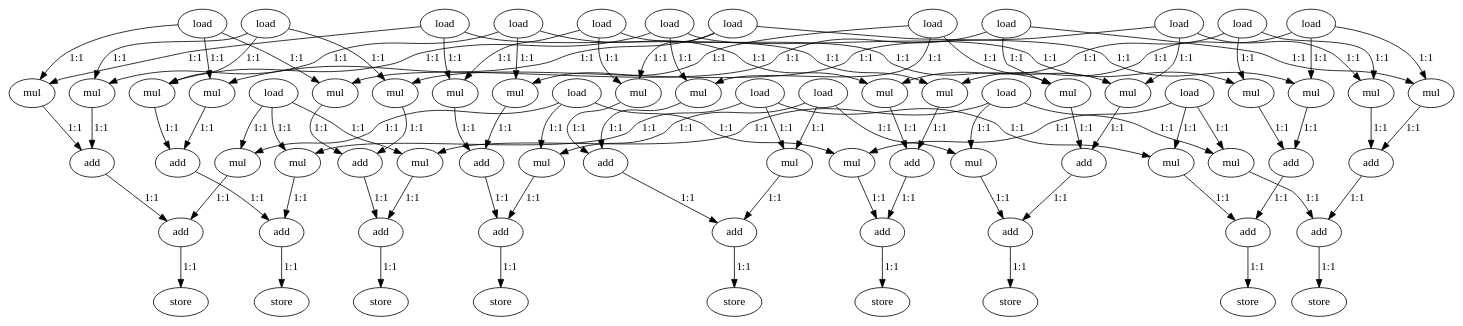
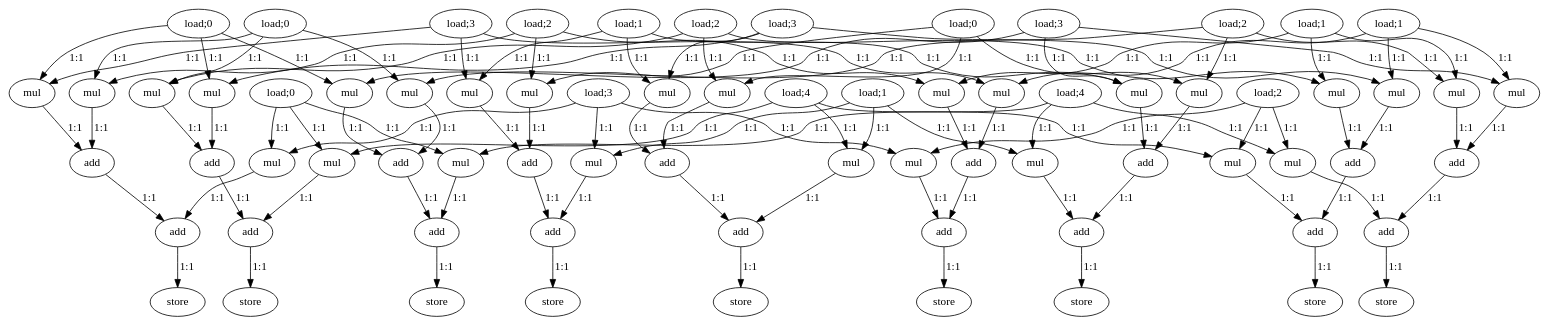
One commit to nikhilsambhus/DFGprop changed the diagram in large_dfgs/MatMul_3x3.dot. Above: the diagram before and after it, drawn with Graphviz. The commit also changed 16 other files, not shown here.

```diff
--- a/large_dfgs/MatMul_3x3.dot
+++ b/large_dfgs/MatMul_3x3.dot
@@ -1,180 +1,180 @@
 digraph MatMul_3x3 {
 
-  0 [label="load"];
-  1 [label="load"];
-  2 [label="load"];
-  3 [label="load"];
-  4 [label="load"];
-  5 [label="load"];
-  6 [label="load"];
-  7 [label="load"];
-  8 [label="load"];
-  9 [label="load"];
-  10 [label="load"];
-  11 [label="load"];
-  12 [label="load"];
-  13 [label="load"];
-  14 [label="load"];
-  15 [label="load"];
-  16 [label="load"];
-  17 [label="load"];
+  0 [label="load;0"];
+  1 [label="load;0"];
+  2 [label="load;0"];
+  3 [label="load;0"];
+  4 [label="load;1"];
+  5 [label="load;1"];
+  6 [label="load;1"];
+  7 [label="load;1"];
+  8 [label="load;2"];
+  9 [label="load;2"];
+  10 [label="load;2"];
+  11 [label="load;2"];
+  12 [label="load;3"];
+  13 [label="load;3"];
+  14 [label="load;3"];
+  15 [label="load;3"];
+  16 [label="load;4"];
+  17 [label="load;4"];
   18 [label="mul"];
   19 [label="mul"];
   20 [label="mul"];
   21 [label="mul"];
   22 [label="mul"];
   23 [label="mul"];
   24 [label="mul"];
   25 [label="mul"];
   26 [label="mul"];
   27 [label="mul"];
   28 [label="mul"];
   29 [label="mul"];
   30 [label="mul"];
   31 [label="mul"];
   32 [label="mul"];
   33 [label="mul"];
   34 [label="mul"];
   35 [label="mul"];
   36 [label="mul"];
   37 [label="mul"];
   38 [label="mul"];
   39 [label="mul"];
   40 [label="mul"];
   41 [label="mul"];
   42 [label="mul"];
   43 [label="mul"];
   44 [label="mul"];
   45 [label="add"];
   46 [label="add"];
   47 [label="add"];
   48 [label="add"];
   49 [label="add"];
   50 [label="add"];
   51 [label="add"];
   52 [label="add"];
   53 [label="add"];
   54 [label="add"];
   55 [label="add"];
   56 [label="add"];
   57 [label="add"];
   58 [label="add"];
   59 [label="add"];
   60 [label="add"];
   61 [label="add"];
   62 [label="add"];
   63 [label="store"];
   64 [label="store"];
   65 [label="store"];
   66 [label="store"];
   67 [label="store"];
   68 [label="store"];
   69 [label="store"];
   70 [label="store"];
   71 [label="store"];
 
 
   0->18 [label="1:1"];
   9->18 [label="1:1"];
   1->19 [label="1:1"];
   12->19 [label="1:1"];
   2->20 [label="1:1"];
   15->20 [label="1:1"];
   0->21 [label="1:1"];
   10->21 [label="1:1"];
   1->22 [label="1:1"];
   13->22 [label="1:1"];
   2->23 [label="1:1"];
   16->23 [label="1:1"];
   0->24 [label="1:1"];
   11->24 [label="1:1"];
   1->25 [label="1:1"];
   14->25 [label="1:1"];
   2->26 [label="1:1"];
   17->26 [label="1:1"];
   3->27 [label="1:1"];
   9->27 [label="1:1"];
   4->28 [label="1:1"];
   12->28 [label="1:1"];
   5->29 [label="1:1"];
   15->29 [label="1:1"];
   3->30 [label="1:1"];
   10->30 [label="1:1"];
   4->31 [label="1:1"];
   13->31 [label="1:1"];
   5->32 [label="1:1"];
   16->32 [label="1:1"];
   3->33 [label="1:1"];
   11->33 [label="1:1"];
   4->34 [label="1:1"];
   14->34 [label="1:1"];
   5->35 [label="1:1"];
   17->35 [label="1:1"];
   6->36 [label="1:1"];
   9->36 [label="1:1"];
   7->37 [label="1:1"];
   12->37 [label="1:1"];
   8->38 [label="1:1"];
   15->38 [label="1:1"];
   6->39 [label="1:1"];
   10->39 [label="1:1"];
   7->40 [label="1:1"];
   13->40 [label="1:1"];
   8->41 [label="1:1"];
   16->41 [label="1:1"];
   6->42 [label="1:1"];
   11->42 [label="1:1"];
   7->43 [label="1:1"];
   14->43 [label="1:1"];
   8->44 [label="1:1"];
   17->44 [label="1:1"];
   18->45 [label="1:1"];
   19->45 [label="1:1"];
   21->46 [label="1:1"];
   22->46 [label="1:1"];
   24->47 [label="1:1"];
   25->47 [label="1:1"];
   27->48 [label="1:1"];
   28->48 [label="1:1"];
   30->49 [label="1:1"];
   31->49 [label="1:1"];
   33->50 [label="1:1"];
   34->50 [label="1:1"];
   36->51 [label="1:1"];
   37->51 [label="1:1"];
   39->52 [label="1:1"];
   40->52 [label="1:1"];
   42->53 [label="1:1"];
   43->53 [label="1:1"];
   20->54 [label="1:1"];
   45->54 [label="1:1"];
   23->55 [label="1:1"];
   46->55 [label="1:1"];
   26->56 [label="1:1"];
   47->56 [label="1:1"];
   29->57 [label="1:1"];
   48->57 [label="1:1"];
   32->58 [label="1:1"];
   49->58 [label="1:1"];
   35->59 [label="1:1"];
   50->59 [label="1:1"];
   38->60 [label="1:1"];
   51->60 [label="1:1"];
   41->61 [label="1:1"];
   52->61 [label="1:1"];
   44->62 [label="1:1"];
   53->62 [label="1:1"];
 
   54->63 [label="1:1"];
   55->64 [label="1:1"];
   56->65 [label="1:1"];
   57->66 [label="1:1"];
   58->67 [label="1:1"];
   59->68 [label="1:1"];
   60->69 [label="1:1"];
   61->70 [label="1:1"];
   62->71 [label="1:1"];
 
 
  
 }
```
